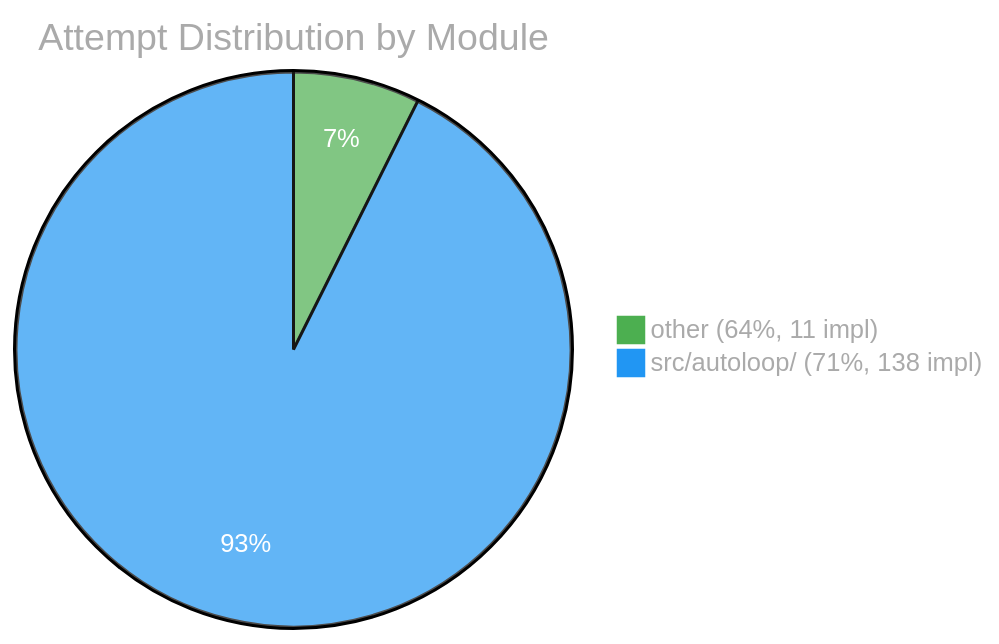
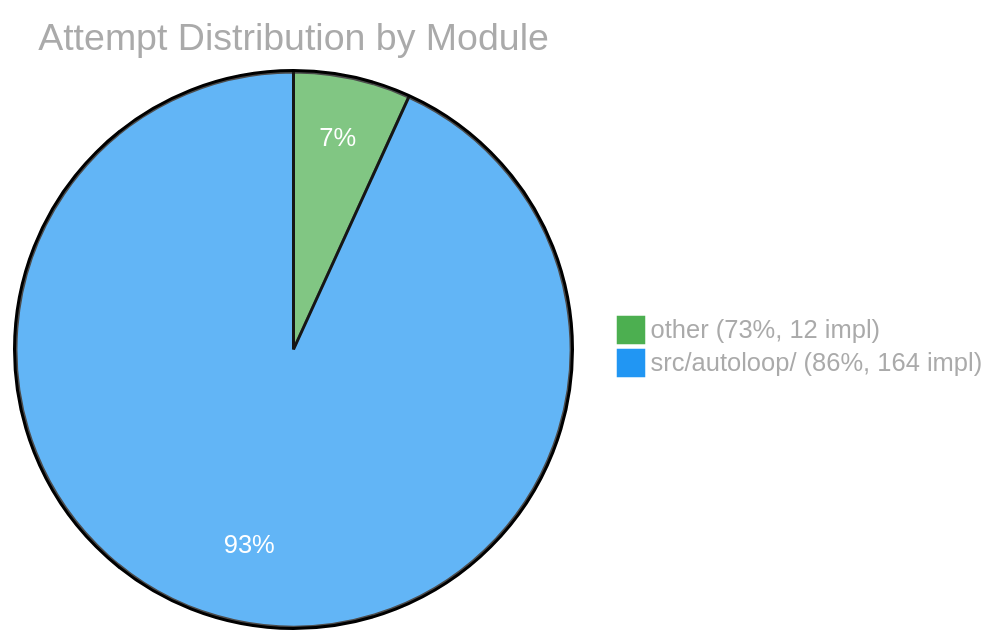
One commit to Sanctum-Origo-Systems/autoloop changed the third of 3 diagrams in EVAL.md. Above: the diagram before and after it, drawn with Mermaid. The commit also changed other lines of this file and 1 other file, not shown here.

````diff
--- a/EVAL.md
+++ b/EVAL.md
@@ -59,6 +84,6 @@
 ```mermaid
 %%{init: {'theme': 'base', 'themeVariables': {'pie1': '#4CAF50', 'pie2': '#2196F3', 'pie3': '#FF9800', 'pie4': '#E91E63', 'pie5': '#9C27B0', 'pie6': '#00BCD4', 'pieTitleTextColor': '#aaa', 'pieLegendTextColor': '#aaa', 'pieSectionTextColor': '#fff'}}}%%
 pie title Attempt Distribution by Module
-    "other (64%, 11 impl)" : 11
-    "src/autoloop/ (71%, 138 impl)" : 138
+    "other (73%, 12 impl)" : 12
+    "src/autoloop/ (86%, 164 impl)" : 164
 ```
````
